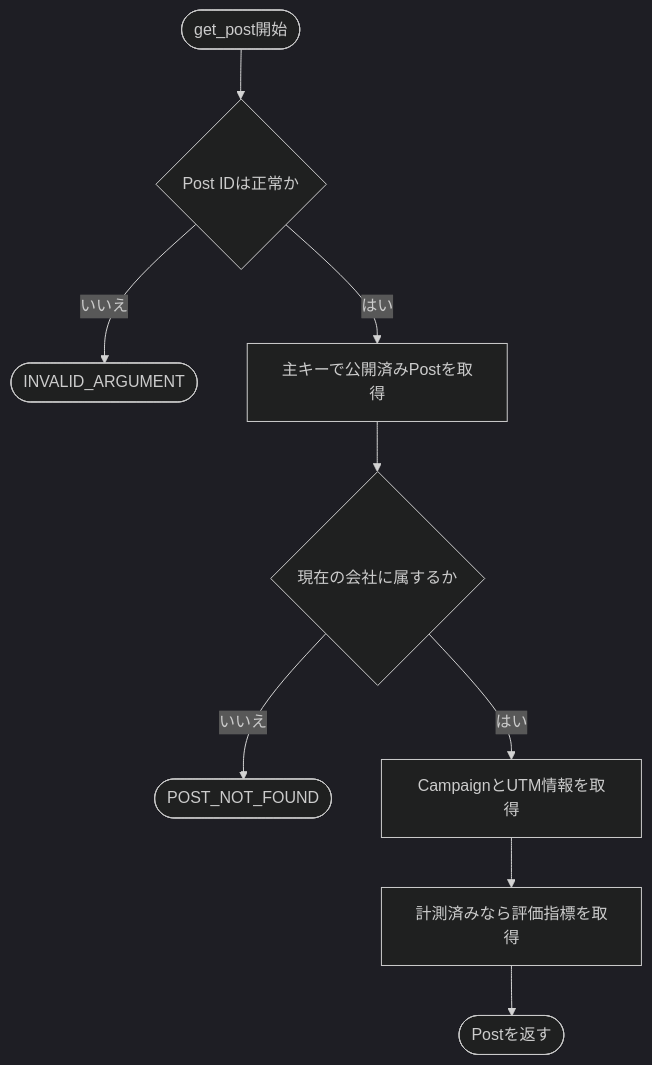
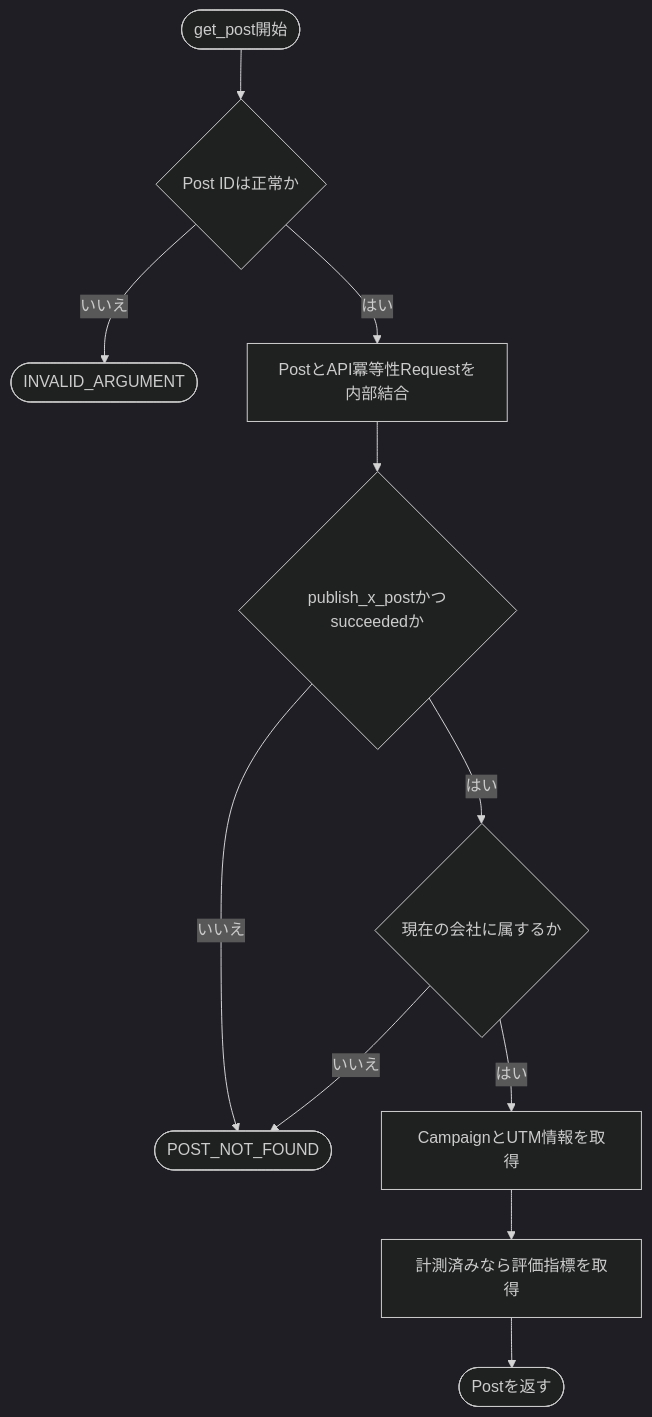
The tenth of 19 diagrams in docs/v.0.1/AGENT_DESIGN.md (nishimura-yuma77/hiromeru), drawn with Mermaid (dark theme) before and after one commit. The commit also changed other lines of this file and 4 other files, not shown here.

````diff
--- a/docs/v.0.1/AGENT_DESIGN.md
+++ b/docs/v.0.1/AGENT_DESIGN.md
@@ -377,11 +377,13 @@
 ```mermaid
 flowchart TD
     START([get_post開始]) --> VALIDATE{Post IDは正常か}
     VALIDATE -- いいえ --> END_INVALID([INVALID_ARGUMENT])
-    VALIDATE -- はい --> LOAD[主キーで公開済みPostを取得]
-    LOAD --> AUTHORIZE{現在の会社に属するか}
+    VALIDATE -- はい --> LOAD[PostとAPI冪等性Requestを内部結合]
+    LOAD --> PUBLISHED{publish_x_postかつsucceededか}
+    PUBLISHED -- いいえ --> END_NOT_FOUND([POST_NOT_FOUND])
+    PUBLISHED -- はい --> AUTHORIZE{現在の会社に属するか}
     AUTHORIZE -- いいえ --> END_NOT_FOUND([POST_NOT_FOUND])
     AUTHORIZE -- はい --> LINKS[CampaignとUTM情報を取得]
     LINKS --> METRICS[計測済みなら評価指標を取得]
     METRICS --> END_OK([Postを返す])
 ```
````
